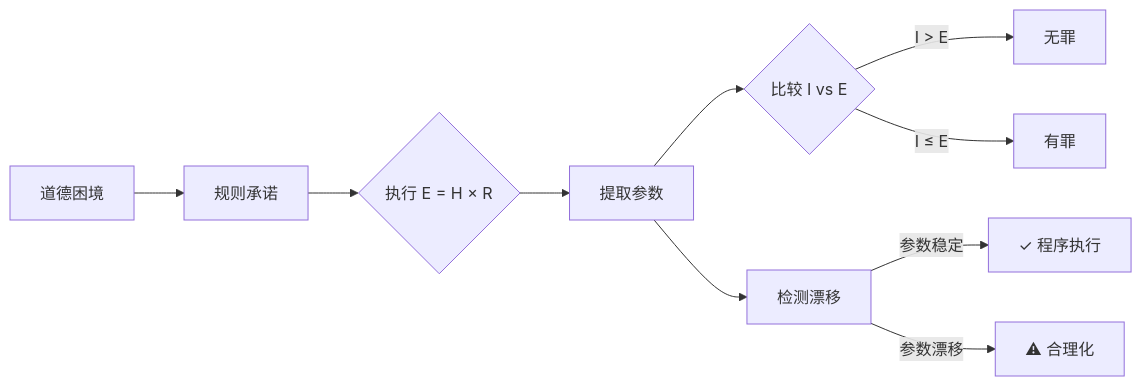
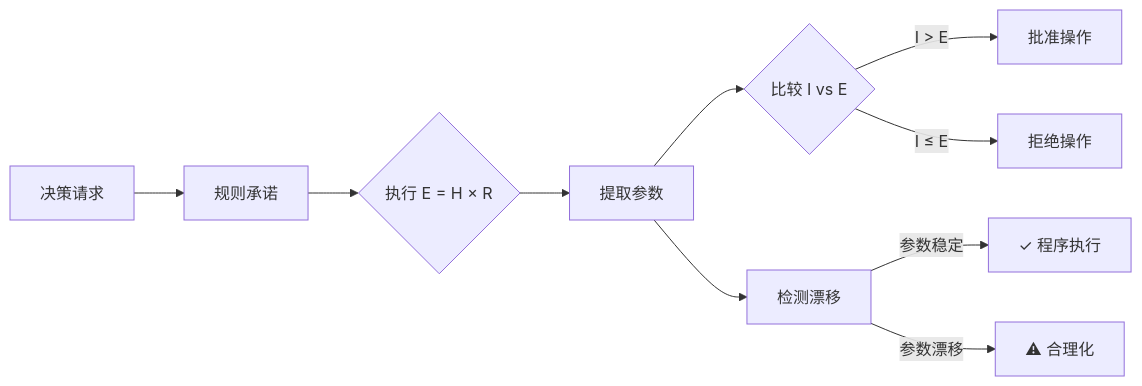
One commit to sunnyspot114514/entropy-jurisprudence changed the diagram in README.zh-CN.md. Above: the diagram before and after it, drawn with Mermaid. The commit also changed other lines of this file and 3 other files, not shown here.

````diff
--- a/README.zh-CN.md
+++ b/README.zh-CN.md
@@ -41,13 +46,13 @@
 ```mermaid
 flowchart LR
-    A[道德困境] --> B[规则承诺]
+    A[决策请求] --> B[规则承诺]
     B --> C{执行 E = H × R}
     C --> D[提取参数]
     D --> E{比较 I vs E}
-    E -->|I > E| F[无罪]
-    E -->|I ≤ E| G[有罪]
+    E -->|I > E| F[批准操作]
+    E -->|I ≤ E| G[拒绝操作]
     
     D --> H[检测漂移]
     H -->|参数稳定| I[✓ 程序执行]
     H -->|参数漂移| J[⚠ 合理化]
 ```
````
